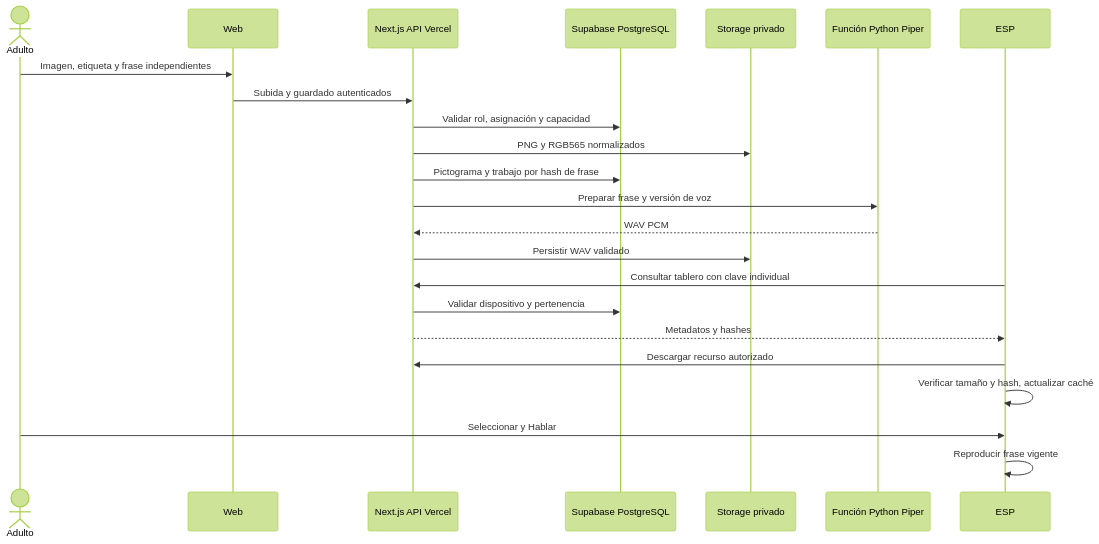
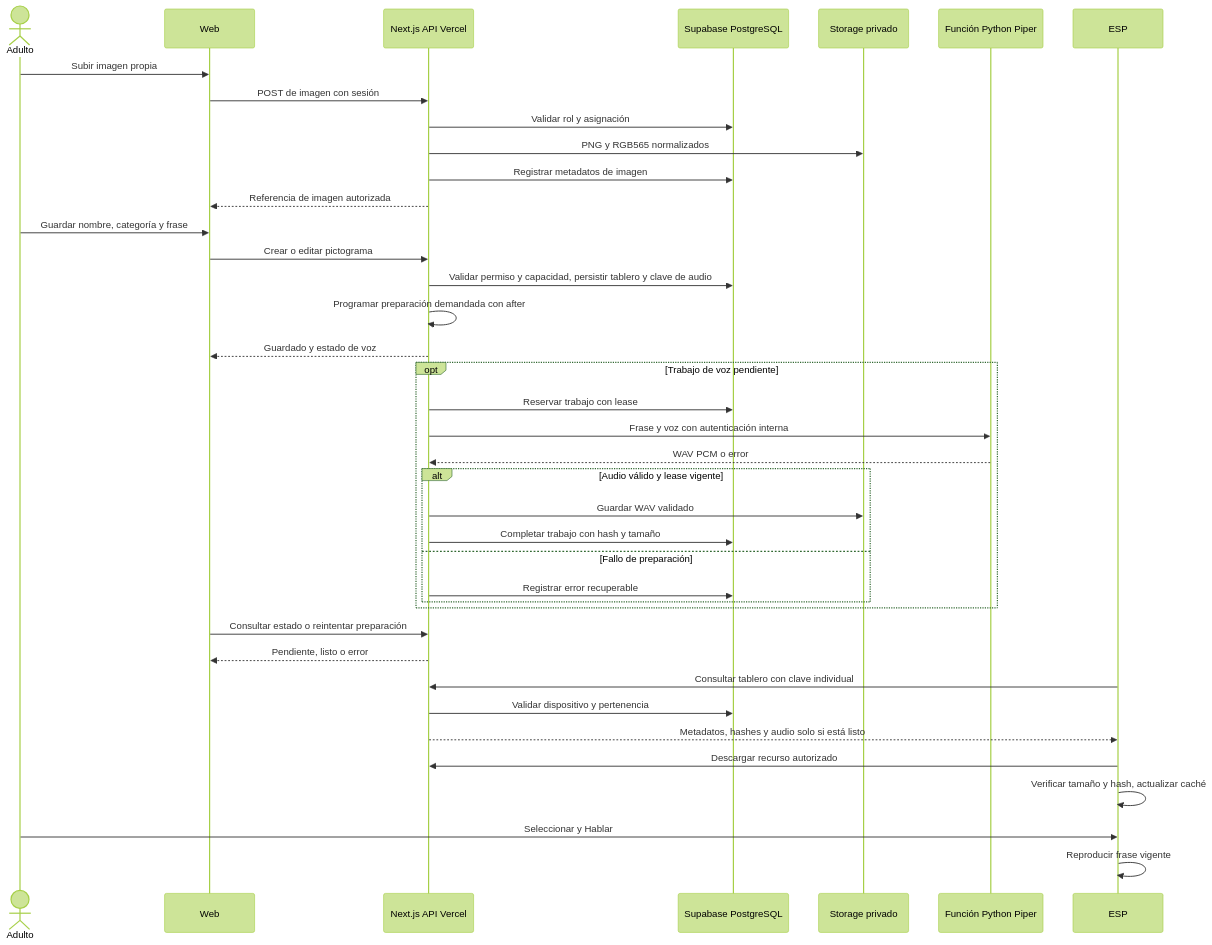
Before and after one commit to N4CHO8/STCS: the second of 3 diagrams in docs/arquitectura/modelos.md, drawn with Mermaid (forest theme). The commit also changed other lines of this file and 266 other files, not shown here.

````diff
--- a/docs/arquitectura/modelos.md
+++ b/docs/arquitectura/modelos.md
@@ -73,25 +120,41 @@
 ```mermaid
 sequenceDiagram
   actor Adulto
   participant Web
   participant API as Next.js API Vercel
   participant SQL as Supabase PostgreSQL
   participant Files as Storage privado
   participant Voz as Función Python Piper
   participant ESP
-  Adulto->>Web: Imagen, etiqueta y frase independientes
-  Web->>API: Subida y guardado autenticados
-  API->>SQL: Validar rol, asignación y capacidad
+  Adulto->>Web: Subir imagen propia
+  Web->>API: POST de imagen con sesión
+  API->>SQL: Validar rol y asignación
   API->>Files: PNG y RGB565 normalizados
-  API->>SQL: Pictograma y trabajo por hash de frase
-  API->>Voz: Preparar frase y versión de voz
-  Voz-->>API: WAV PCM
-  API->>Files: Persistir WAV validado
+  API->>SQL: Registrar metadatos de imagen
+  API-->>Web: Referencia de imagen autorizada
+  Adulto->>Web: Guardar nombre, categoría y frase
+  Web->>API: Crear o editar pictograma
+  API->>SQL: Validar permiso y capacidad, persistir tablero y clave de audio
+  API->>API: Programar preparación demandada con after
+  API-->>Web: Guardado y estado de voz
+  opt Trabajo de voz pendiente
+    API->>SQL: Reservar trabajo con lease
+    API->>Voz: Frase y voz con autenticación interna
+    Voz-->>API: WAV PCM o error
+    alt Audio válido y lease vigente
+      API->>Files: Guardar WAV validado
+      API->>SQL: Completar trabajo con hash y tamaño
+    else Fallo de preparación
+      API->>SQL: Registrar error recuperable
+    end
+  end
+  Web->>API: Consultar estado o reintentar preparación
+  API-->>Web: Pendiente, listo o error
   ESP->>API: Consultar tablero con clave individual
   API->>SQL: Validar dispositivo y pertenencia
-  API-->>ESP: Metadatos y hashes
+  API-->>ESP: Metadatos, hashes y audio solo si está listo
   ESP->>API: Descargar recurso autorizado
   ESP->>ESP: Verificar tamaño y hash, actualizar caché
   Adulto->>ESP: Seleccionar y Hablar
   ESP->>ESP: Reproducir frase vigente
 ```
````
